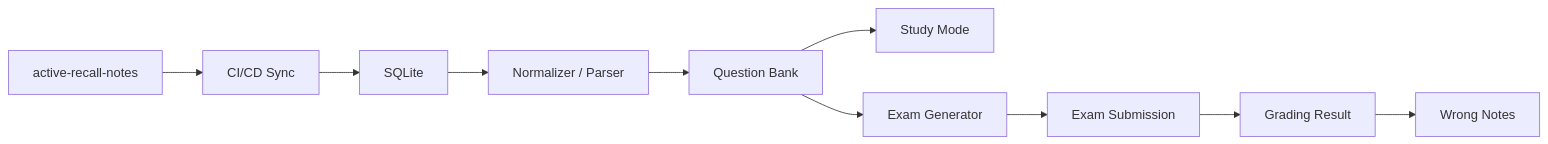
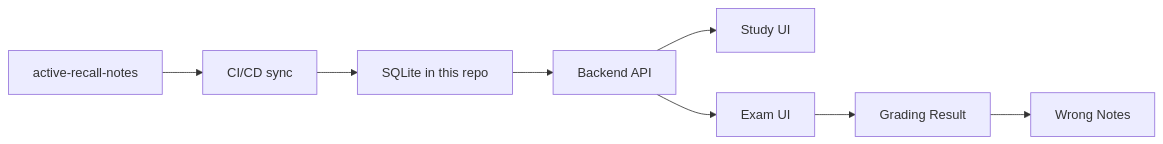
One commit to InryeolChoi/active-recall-quiz changed the diagram in README.md. Above: the diagram before and after it, drawn with Mermaid. The commit also changed other lines of this file, not shown here.

Commit message:
Refresh README for external notes architecture

````diff
--- a/README.md
+++ b/README.md
@@ -37,12 +34,10 @@
 ```mermaid
 flowchart LR
-    A["active-recall-notes"] --> B["CI/CD Sync"]
-    B --> C["SQLite"]
-    C --> D["Normalizer / Parser"]
-    D --> E["Question Bank"]
-    E --> F["Study Mode"]
-    E --> G["Exam Generator"]
-    G --> H["Exam Submission"]
-    H --> I["Grading Result"]
-    I --> J["Wrong Notes"]
+    A["active-recall-notes"] --> B["CI/CD sync"]
+    B --> C["SQLite in this repo"]
+    C --> D["Backend API"]
+    D --> E["Study UI"]
+    D --> F["Exam UI"]
+    F --> G["Grading Result"]
+    G --> H["Wrong Notes"]
 ```
````
